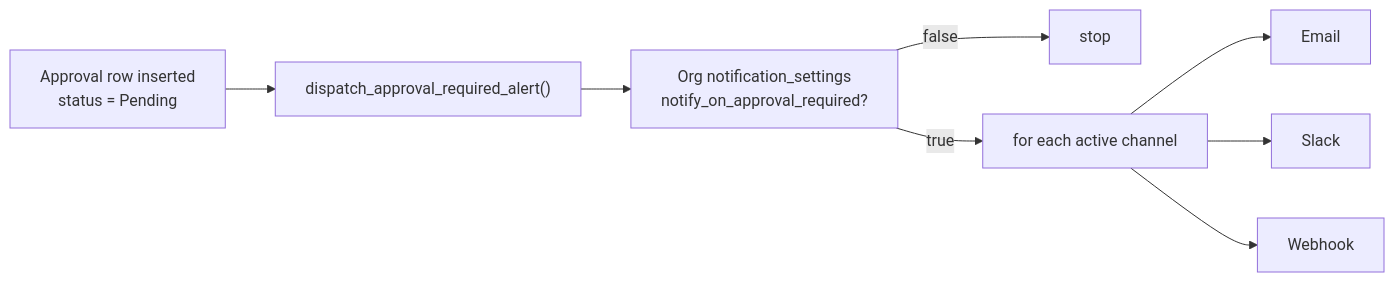
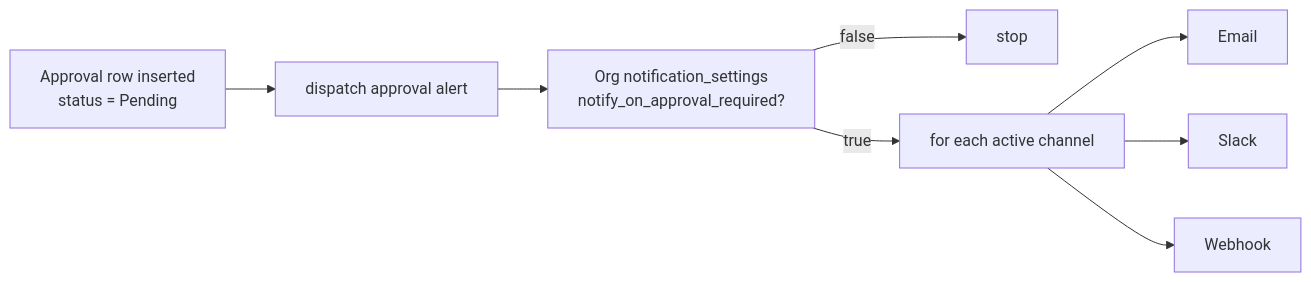
Before and after one commit to nullrunio/nullrun-docs: the second of 3 diagrams in docs/concepts/human-approval.md, drawn with Mermaid. The commit also changed other lines of this file and 19 other files, not shown here.

````diff
--- a/docs/concepts/human-approval.md
+++ b/docs/concepts/human-approval.md
@@ -79,11 +75,11 @@
 ```mermaid
 flowchart LR
     I[Approval row inserted<br/>status = Pending]
-    I --> D["dispatch_approval_required_alert()"]
+    I --> D["dispatch approval alert"]
     D --> N["Org notification_settings<br/>notify_on_approval_required?"]
     N -->|false| X[stop]
     N -->|true| C[for each active channel]
     C --> E[Email]
     C --> S[Slack]
     C --> W[Webhook]
 ```
````
